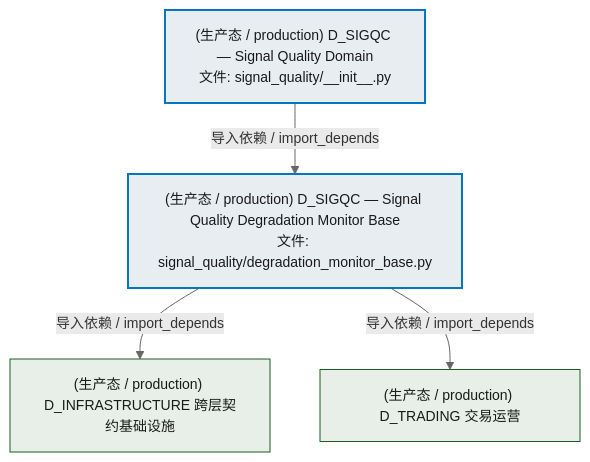
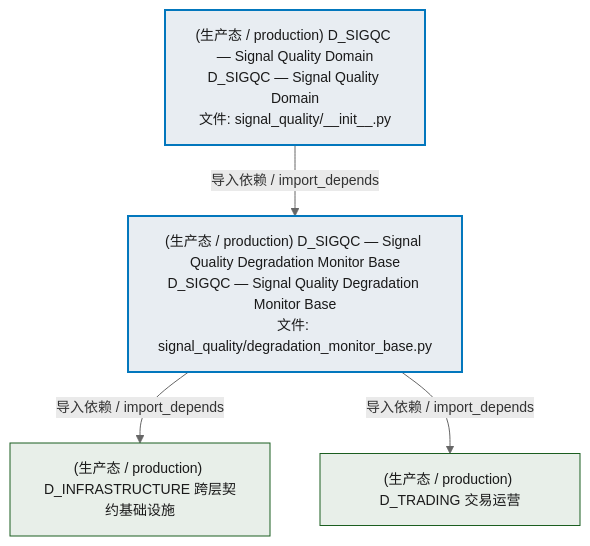
Before and after one commit to xuanFelixVan/ZephyrAlpha: the second of 3 diagrams in docs/02_enterprise_architecture/02_domain_architecture_docs/69_d_sigqc.md, drawn with Mermaid. The commit also changed other lines of this file and 80 other files, not shown here.

````diff
--- a/docs/02_enterprise_architecture/02_domain_architecture_docs/69_d_sigqc.md
+++ b/docs/02_enterprise_architecture/02_domain_architecture_docs/69_d_sigqc.md
@@ -84,17 +86,17 @@
 ```mermaid
 %%{init: {'theme': 'base', 'themeVariables': {'primaryColor': '#eaeaea', 'primaryTextColor': '#333333', 'primaryBorderColor': '#666666', 'lineColor': '#666666', 'secondaryColor': '#eaeaea', 'tertiaryColor': '#eaeaea', 'fontSize': '14px'}}}%%
 flowchart TD
-    src_zephyr_signal_quality_init_py["(生产态 / production) D_SIGQC — Signal Quality Domain<br/>文件: signal_quality/__init__.py"]
-    src_zephyr_signal_quality_degradation_monitor_base_py["(生产态 / production) D_SIGQC — Signal Quality Degradation Monitor Base<br/>文件: signal_quality/degradation_monitor_base.py"]
+    src_zephyr_signal_quality_init_py["(生产态 / production) D_SIGQC — Signal Quality Domain<br/>D_SIGQC — Signal Quality Domain<br/>文件: signal_quality/__init__.py"]
+    src_zephyr_signal_quality_degradation_monitor_base_py["(生产态 / production) D_SIGQC — Signal Quality Degradation Monitor Base<br/>D_SIGQC — Signal Quality Degradation Monitor Base<br/>文件: signal_quality/degradation_monitor_base.py"]
     src_zephyr_signal_quality_init_py -->|导入依赖 / import_depends| src_zephyr_signal_quality_degradation_monitor_base_py
     D_INFRASTRUCTURE["(生产态 / production) D_INFRASTRUCTURE 跨层契约基础设施"]
     src_zephyr_signal_quality_degradation_monitor_base_py -->|导入依赖 / import_depends| D_INFRASTRUCTURE
     D_TRADING["(生产态 / production) D_TRADING 交易运营"]
     src_zephyr_signal_quality_degradation_monitor_base_py -->|导入依赖 / import_depends| D_TRADING
     classDef production fill:#e8edf2,stroke:#0277bd,stroke-width:2px,color:#1a1a1a
     classDef design fill:#f0ebe3,stroke:#bf360c,stroke-width:2px,color:#1a1a1a,stroke-dasharray: 5 5
     classDef external_prod fill:#e8efe9,stroke:#1b5e20,stroke-width:1px,color:#1a1a1a
     classDef external_design fill:#efe5ea,stroke:#880e4f,stroke-width:1px,color:#1a1a1a,stroke-dasharray: 5 5
     class src_zephyr_signal_quality_init_py,src_zephyr_signal_quality_degradation_monitor_base_py production
     class D_INFRASTRUCTURE,D_TRADING external_prod
 ```
````
